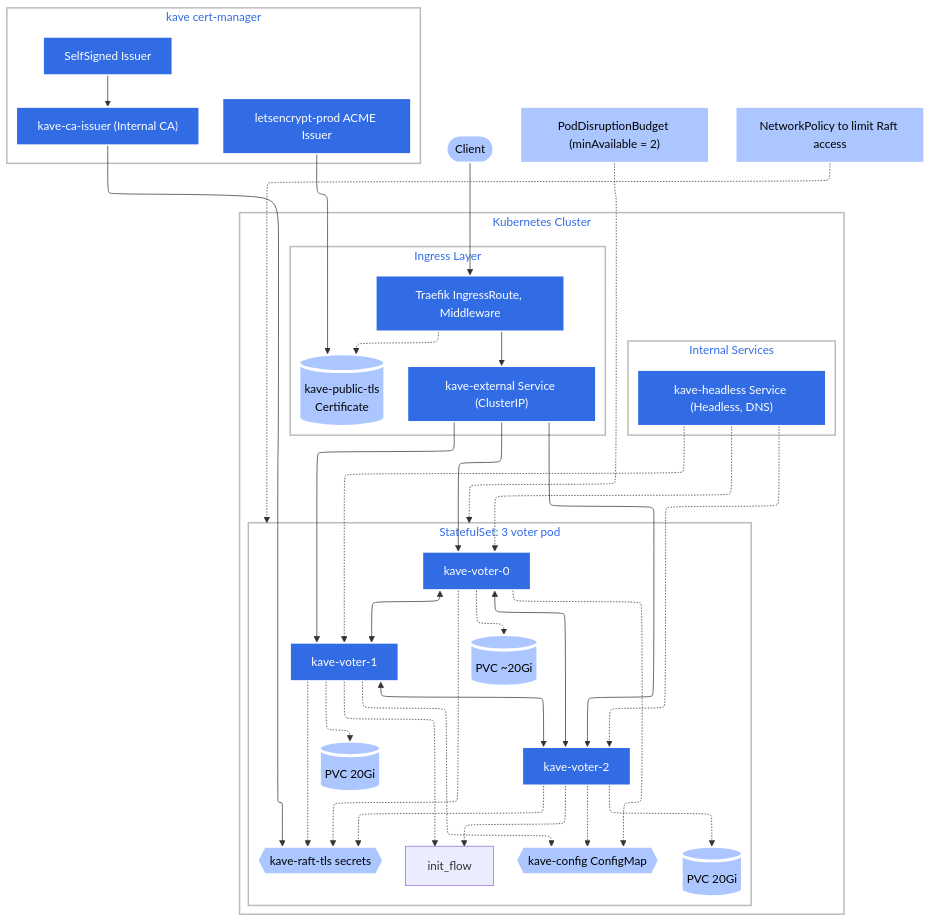
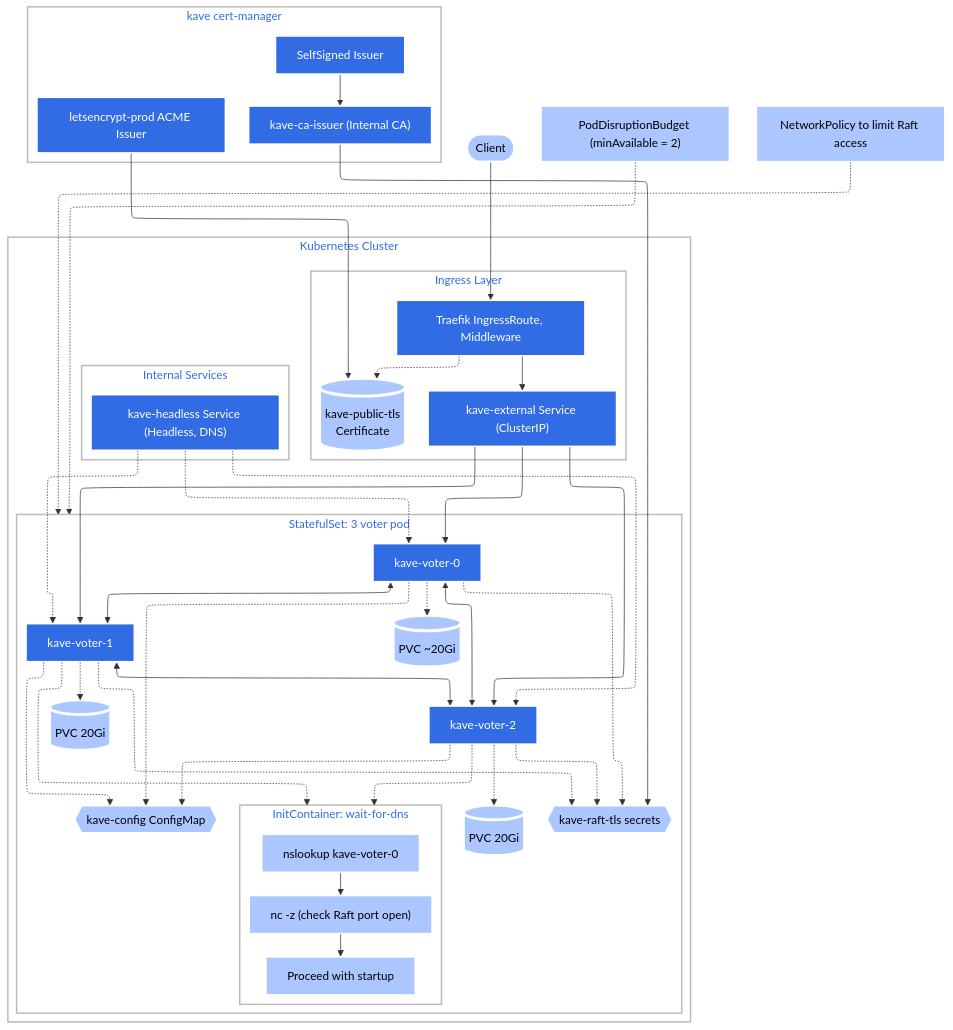
One commit to balits/kave changed the diagram in docs/diagrams/k8s-cluster.mmd. Above: the diagram before and after it, drawn with Mermaid. The commit also changed 3 other files, not shown here.

```diff
--- a/docs/diagrams/k8s-cluster.mmd
+++ b/docs/diagrams/k8s-cluster.mmd
@@ -1,86 +1,86 @@
 ---
 config:
   layout: elk
 ---
 flowchart TB
     client([Client]):::plain --> ingress
 
     subgraph k8s_cluster["Kubernetes Cluster"]
         direction TB
 
         subgraph ingress_layer["Ingress Layer"]
             ingress[Traefik IngressRoute, Middleware]:::k8s
             pub_cert[(kave-public-tls\nCertificate)]:::plain
             ingress --> ext_svc
             ingress -.-> pub_cert
         end
 
         subgraph services["Internal Services"]
             ext_svc["kave-external Service (ClusterIP)"]:::k8s
             headless_svc["kave-headless Service (Headless, DNS)"]:::k8s
         end
 
         subgraph statefulset["StatefulSet:  3 voter pod"]
             direction LR
             p1["kave-voter-0"]:::k8s
             p2["kave-voter-1"]:::k8s
             p3["kave-voter-2"]:::k8s
 
             
             p1 <--> p2
             p2 <--> p3
             p1 <--> p3
 
            
             p1 -.-> pvc0[(PVC ~20Gi)]:::plain
             p2 -.-> pvc1[(PVC 20Gi)]:::plain
             p3 -.-> pvc2[(PVC 20Gi)]:::plain
 
             p1 -.-> cfg{{kave-config ConfigMap}}:::plain
             p2 -.-> cfg
             p3 -.-> cfg
 
             p1 -.-> raft_tls{{kave-raft-tls secrets}}:::plain
             p2 -.-> raft_tls
             p3 -.-> raft_tls
 
             
-            %%subgraph init_flow["InitContainer: wait-for-dns"]
-            %%    direction TB
-            %%    check_dns["nslookup kave-voter-0"]:::plain
-            %%    check_tcp["nc -z (check Raft port open)"]:::plain
-            %%    proceed["Proceed with startup"]:::plain
-            %%    check_dns --> check_tcp --> proceed
-            %% end
+            subgraph init_flow["InitContainer: wait-for-dns"]
+               direction TB
+               check_dns["nslookup kave-voter-0"]:::plain
+               check_tcp["nc -z (check Raft port open)"]:::plain
+               proceed["Proceed with startup"]:::plain
+               check_dns --> check_tcp --> proceed
+            end
            
             p2 -.-> init_flow
             p3 -.-> init_flow
         end
 
         %% Internal connectivity
         ext_svc --> p1 & p2 & p3
         headless_svc -.-> p1 & p2 & p3
     end
 
     subgraph cert_infra["kave cert-manager"]
         direction TB
         issuer_self["SelfSigned Issuer"]:::k8s
         issuer_ca["kave-ca-issuer (Internal CA)"]:::k8s
         issuer_letsencrypt["letsencrypt-prod ACME Issuer"]:::k8s
         issuer_self --> issuer_ca
         issuer_ca --> raft_tls
         issuer_letsencrypt --> pub_cert
     end
 
   
     pdb["PodDisruptionBudget (minAvailable = 2)"]:::plain
     netpol["NetworkPolicy to limit Raft access"]:::plain
     pdb -.-> statefulset
     netpol -.-> statefulset
 
     classDef plain fill:#acc6ff,stroke:#fff,stroke-width:4px,color:#000;
     classDef k8s fill:#326ce5,stroke:#fff,stroke-width:4px,color:#fff;
     classDef cluster fill:#fff,stroke:#bbb,stroke-width:2px,color:#326ce5;
     class client plain;
     class ingress,ext_svc,headless_svc,p1,p2,p3,issuer_self,issuer_ca,issuer_letsencrypt k8s;
     class k8s_cluster,ingress_layer,services,statefulset,cert_infra cluster;
```
